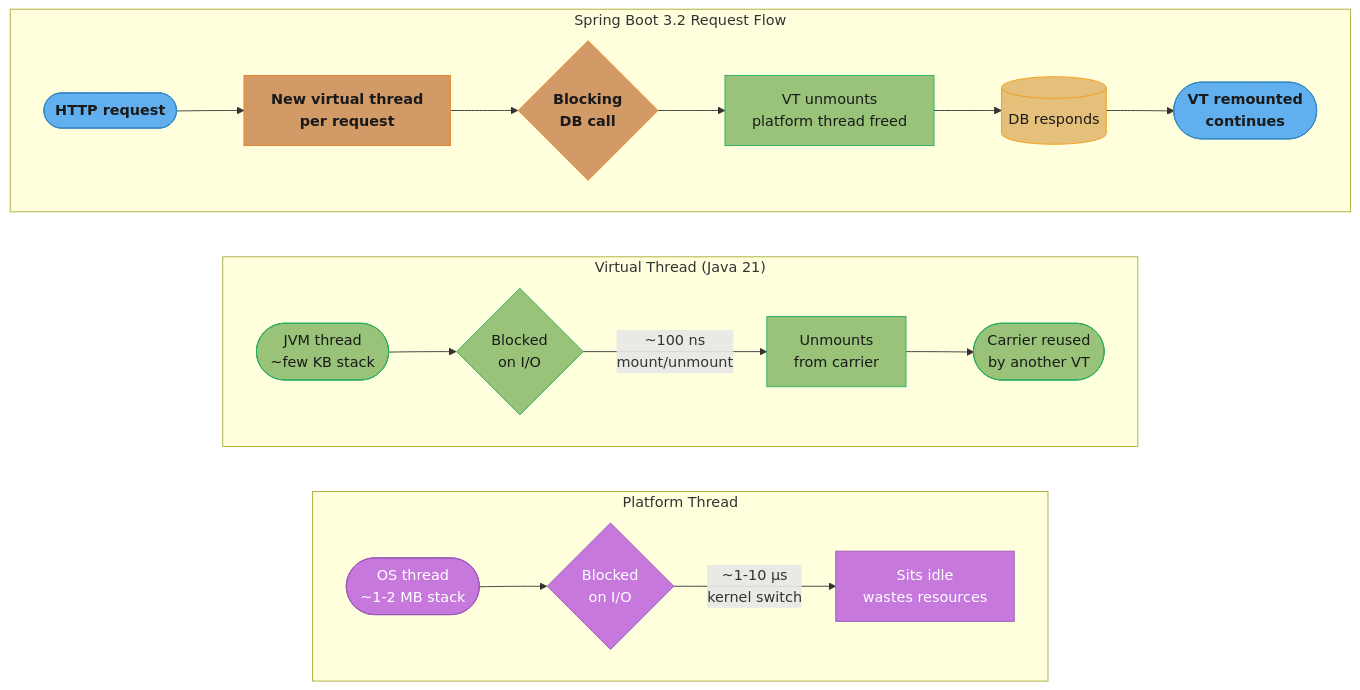
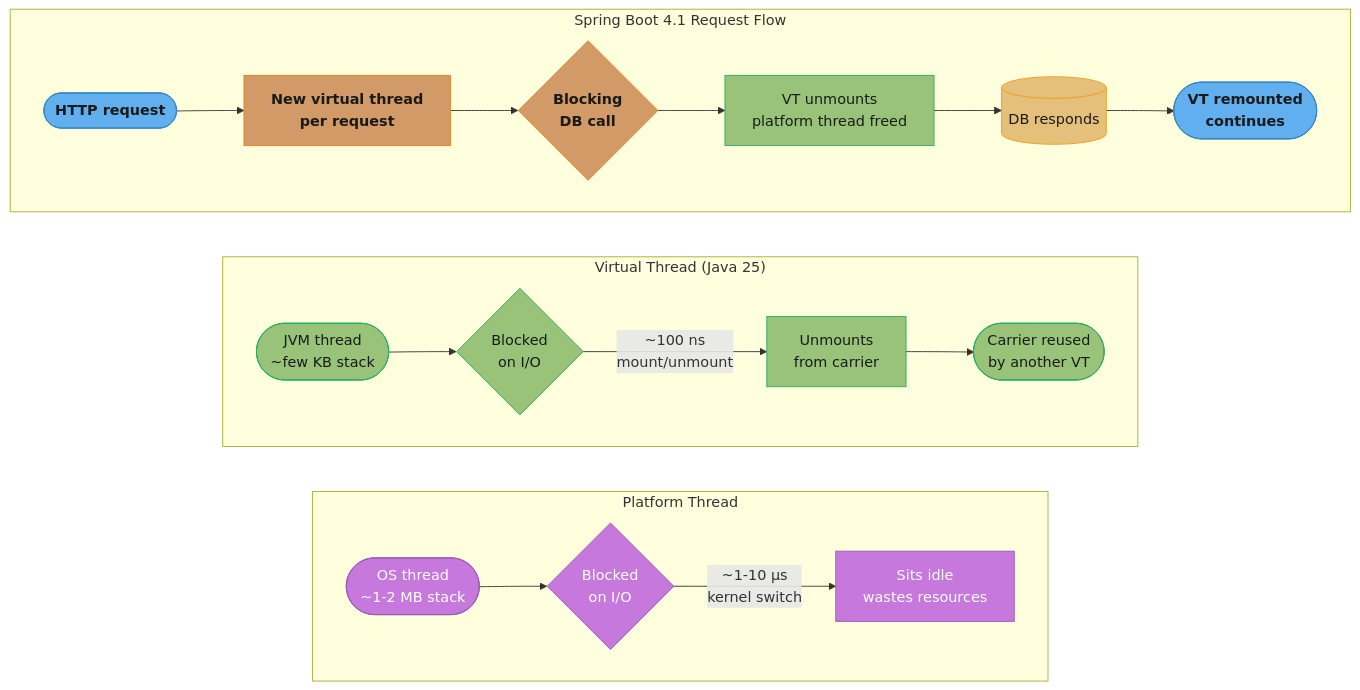
One commit to rppol/system-design changed the second of 5 diagrams in src/main/java/com/rutik/systemdesign/backend/async_and_concurrency_patterns/README.md. Above: the diagram before and after it, drawn with Mermaid. The commit also changed other lines of this file and 47 other files, not shown here.

````diff
--- a/src/main/java/com/rutik/systemdesign/backend/async_and_concurrency_patterns/README.md
+++ b/src/main/java/com/rutik/systemdesign/backend/async_and_concurrency_patterns/README.md
@@ -114,39 +114,39 @@
 ```mermaid
 flowchart LR
     classDef io      fill:#61afef,stroke:#2e86c1,color:#1a1a1a,font-weight:bold
     classDef frozen  fill:#c678dd,stroke:#9b59b6,color:#fff
     classDef train   fill:#98c379,stroke:#27ae60,color:#1a1a1a
     classDef mathOp  fill:#d19a66,stroke:#e67e22,color:#1a1a1a,font-weight:bold
     classDef lossN   fill:#e06c75,stroke:#c0392b,color:#fff,font-weight:bold
     classDef req     fill:#56b6c2,stroke:#0097a7,color:#1a1a1a
     classDef base    fill:#e5c07b,stroke:#f39c12,color:#1a1a1a
 
     subgraph PT["Platform Thread"]
         direction LR
         PT1(["OS thread<br/>~1-2 MB stack"]) --> PT2{"Blocked<br/>on I/O"}
         PT2 -->|"~1-10 μs<br/>kernel switch"| PT3["Sits idle<br/>wastes resources"]
     end
 
-    subgraph VT["Virtual Thread (Java 21)"]
+    subgraph VT["Virtual Thread (Java 25)"]
         direction LR
         VT1(["JVM thread<br/>~few KB stack"]) --> VT2{"Blocked<br/>on I/O"}
         VT2 -->|"~100 ns<br/>mount/unmount"| VT3["Unmounts<br/>from carrier"]
         VT3 --> VT4(["Carrier reused<br/>by another VT"])
     end
 
-    subgraph SB["Spring Boot 3.2 Request Flow"]
+    subgraph SB["Spring Boot 4.1 Request Flow"]
         direction LR
         SB1(["HTTP request"]) --> SB2["New virtual thread<br/>per request"]
         SB2 --> SB3{"Blocking<br/>DB call"}
         SB3 --> SB4["VT unmounts<br/>platform thread freed"]
         SB4 --> SB5[("DB responds")]
         SB5 --> SB6(["VT remounted<br/>continues"])
     end
 
     class PT1,PT2,PT3 frozen
     class VT1,VT2,VT3,VT4 train
     class SB1,SB6 io
     class SB2,SB3 mathOp
     class SB4 train
     class SB5 base
 ```
````
